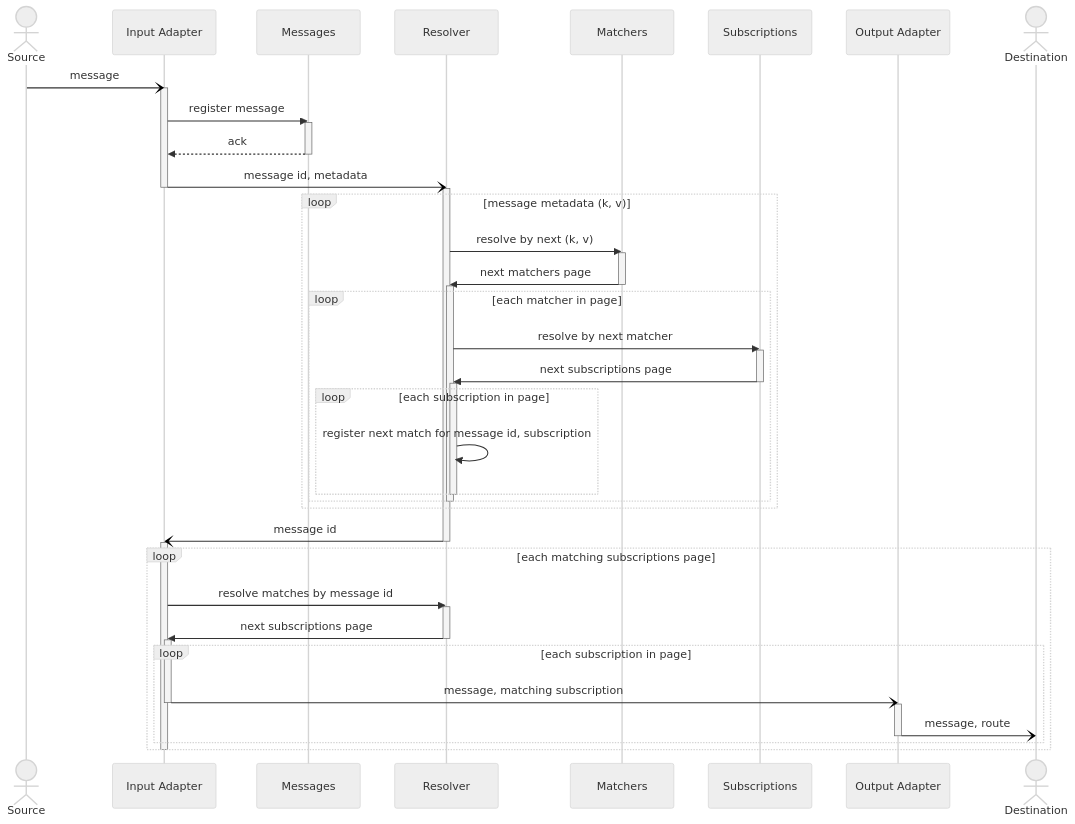
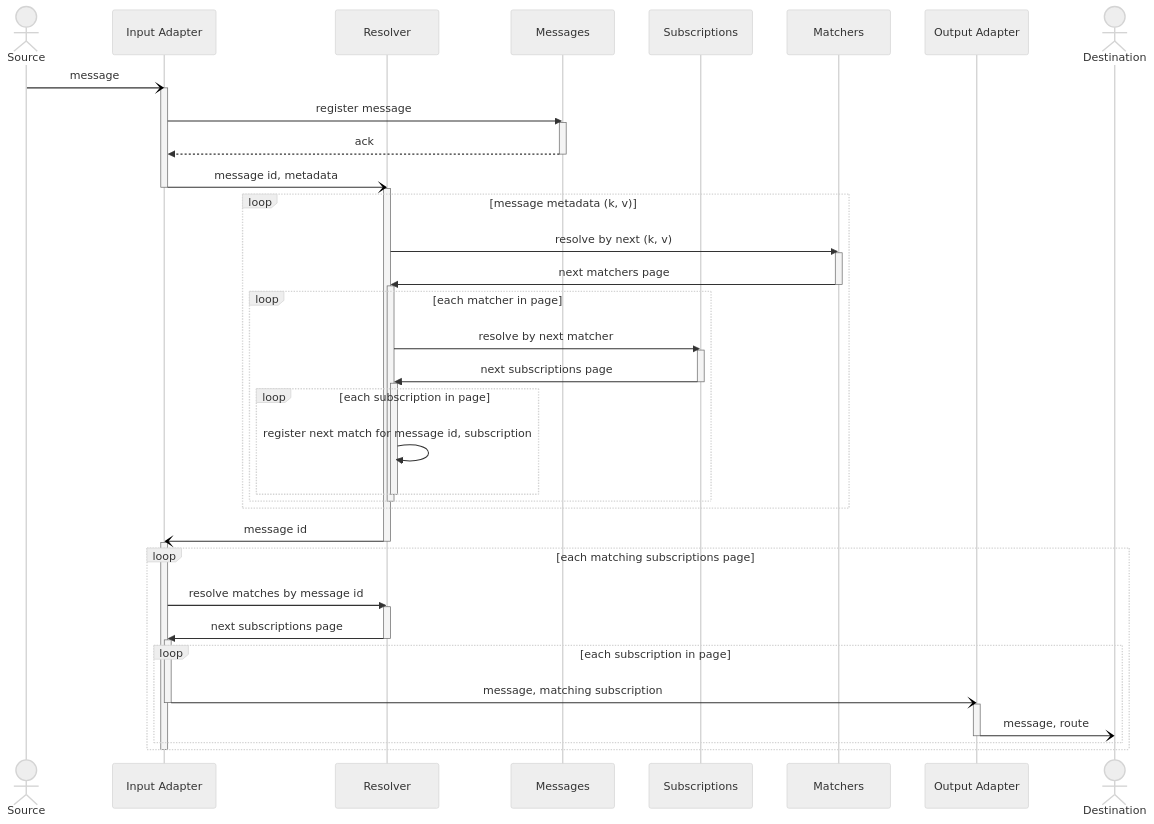
The diagram in profile/README.md (awakari/.github), drawn with Mermaid before and after one commit. The commit also changed other lines of this file, not shown here.

````diff
--- a/profile/README.md
+++ b/profile/README.md
@@ -13,74 +13,74 @@
 ```mermaid
 %%{init: {'theme': 'neutral' } }%%
 sequenceDiagram
 
     actor Source
     participant Input Adapter
+    participant Resolver
     participant Messages
-    participant Resolver
+    participant Subscriptions
     participant Matchers
-    participant Subscriptions
     participant Output Adapter
     actor Destination
 
     Source-)Input Adapter: message
     activate Input Adapter
     
     Input Adapter->>Messages: register message
     activate Messages
     Messages-->>Input Adapter: ack
     deactivate Messages
     
     Input Adapter-)Resolver: message id, metadata
     deactivate Input Adapter
     activate Resolver
     
     loop message metadata (k, v)
     
         Resolver->>Matchers: resolve by next (k, v)
         activate Matchers
         Matchers->>Resolver: next matchers page
         deactivate Matchers
         
         activate Resolver
         loop each matcher in page
             
             Resolver->>Subscriptions: resolve by next matcher
             activate Subscriptions
             Subscriptions->>Resolver: next subscriptions page
             deactivate Subscriptions
             
             activate Resolver
             loop each subscription in page
                 Resolver->>Resolver: register next match for message id, subscription
             end
             deactivate Resolver
             
         end
         deactivate Resolver
     end
     
     
     
     Resolver-)Input Adapter: message id
     deactivate Resolver
 
     activate Input Adapter
     loop each matching subscriptions page
         Input Adapter->>Resolver: resolve matches by message id
         activate Resolver
         Resolver->>Input Adapter: next subscriptions page
         deactivate Resolver
         activate Input Adapter
         
         loop each subscription in page
             Input Adapter-)Output Adapter: message, matching subscription
             deactivate Input Adapter
             activate Output Adapter
             Output Adapter-)Destination: message, route
             deactivate Output Adapter
         end
         
     end
     deactivate Input Adapter
 ```
````
